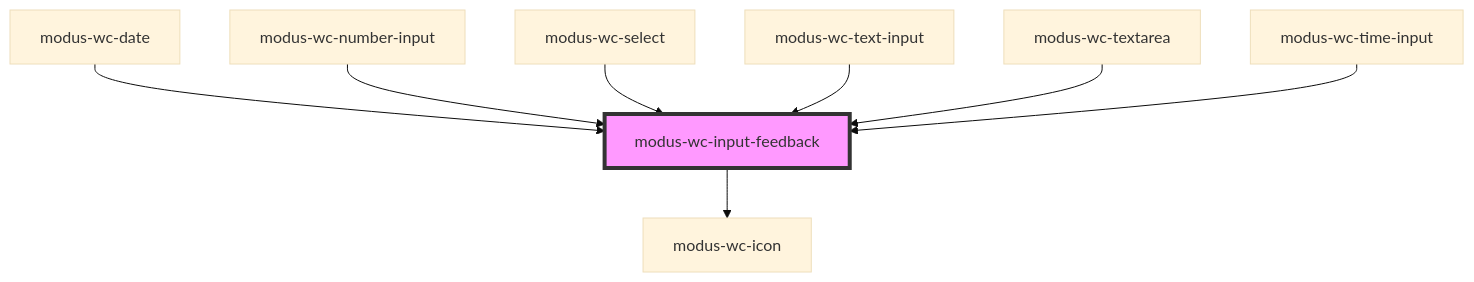
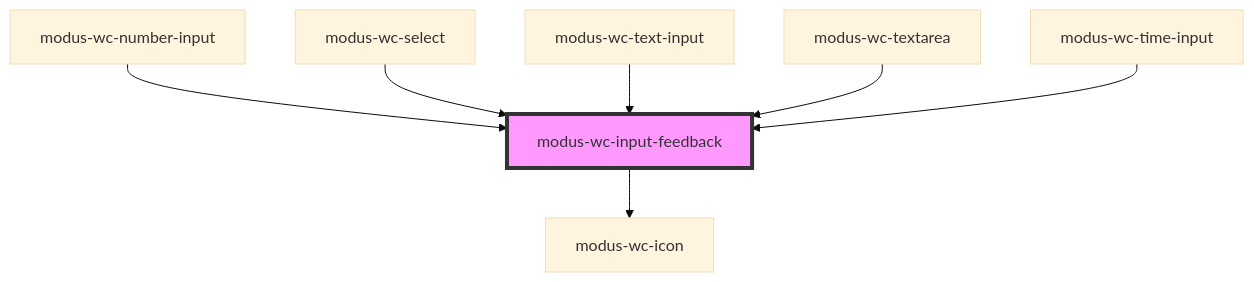
The diagram in src/components/modus-wc-input-feedback/readme.md (trimble-oss/modus-wc-2.0), drawn with Mermaid (base theme) before and after one commit. The commit also changed other lines of this file and 81 other files, not shown here.

````diff
--- a/src/components/modus-wc-input-feedback/readme.md
+++ b/src/components/modus-wc-input-feedback/readme.md
@@ -43,11 +40,10 @@
 ```mermaid
 graph TD;
   modus-wc-input-feedback --> modus-wc-icon
-  modus-wc-date --> modus-wc-input-feedback
   modus-wc-number-input --> modus-wc-input-feedback
   modus-wc-select --> modus-wc-input-feedback
   modus-wc-text-input --> modus-wc-input-feedback
   modus-wc-textarea --> modus-wc-input-feedback
   modus-wc-time-input --> modus-wc-input-feedback
   style modus-wc-input-feedback fill:#f9f,stroke:#333,stroke-width:4px
 ```
````
